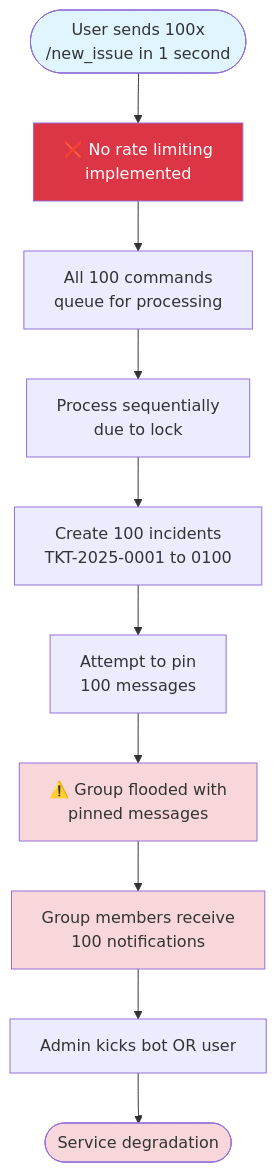
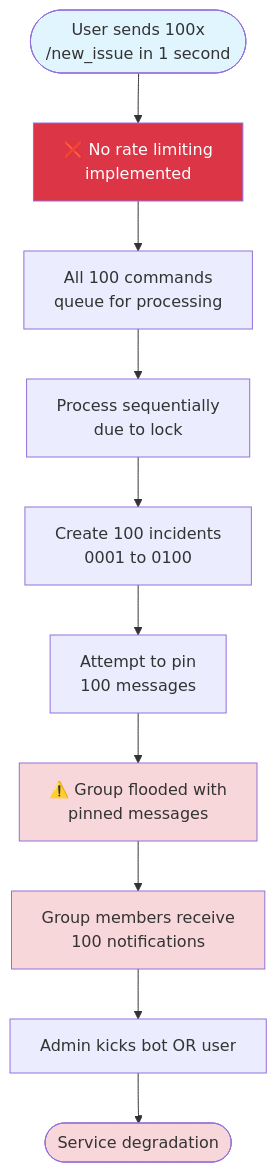
One commit to ShJavokhir/raisedash-kpi-bot changed diagram 47 of 50 in docs/new_issue_use_cases.md. Above: the diagram before and after it, drawn with Mermaid. The commit also changed other lines of this file, not shown here.

````diff
--- a/docs/new_issue_use_cases.md
+++ b/docs/new_issue_use_cases.md
@@ -1539,18 +1539,18 @@
 ```mermaid
 flowchart TD
     Start([User sends 100x<br/>/new_issue in 1 second]) --> NoRateLimit[❌ No rate limiting<br/>implemented]
     NoRateLimit --> AllProcessed[All 100 commands<br/>queue for processing]
     AllProcessed --> Sequential[Process sequentially<br/>due to lock]
-    Sequential --> Create100[Create 100 incidents<br/>TKT-2025-0001 to 0100]
+    Sequential --> Create100[Create 100 incidents<br/>0001 to 0100]
     Create100 --> Pin100[Attempt to pin<br/>100 messages]
     Pin100 --> GroupSpam[⚠️ Group flooded with<br/>pinned messages]
     GroupSpam --> UserAnnoyance[Group members receive<br/>100 notifications]
     UserAnnoyance --> AdminKick[Admin kicks bot OR user]
     AdminKick --> End([Service degradation])
 
     style Start fill:#e1f5ff
     style NoRateLimit fill:#dc3545,color:#fff
     style GroupSpam fill:#f8d7da
     style UserAnnoyance fill:#f8d7da
     style End fill:#f8d7da
 ```
````
